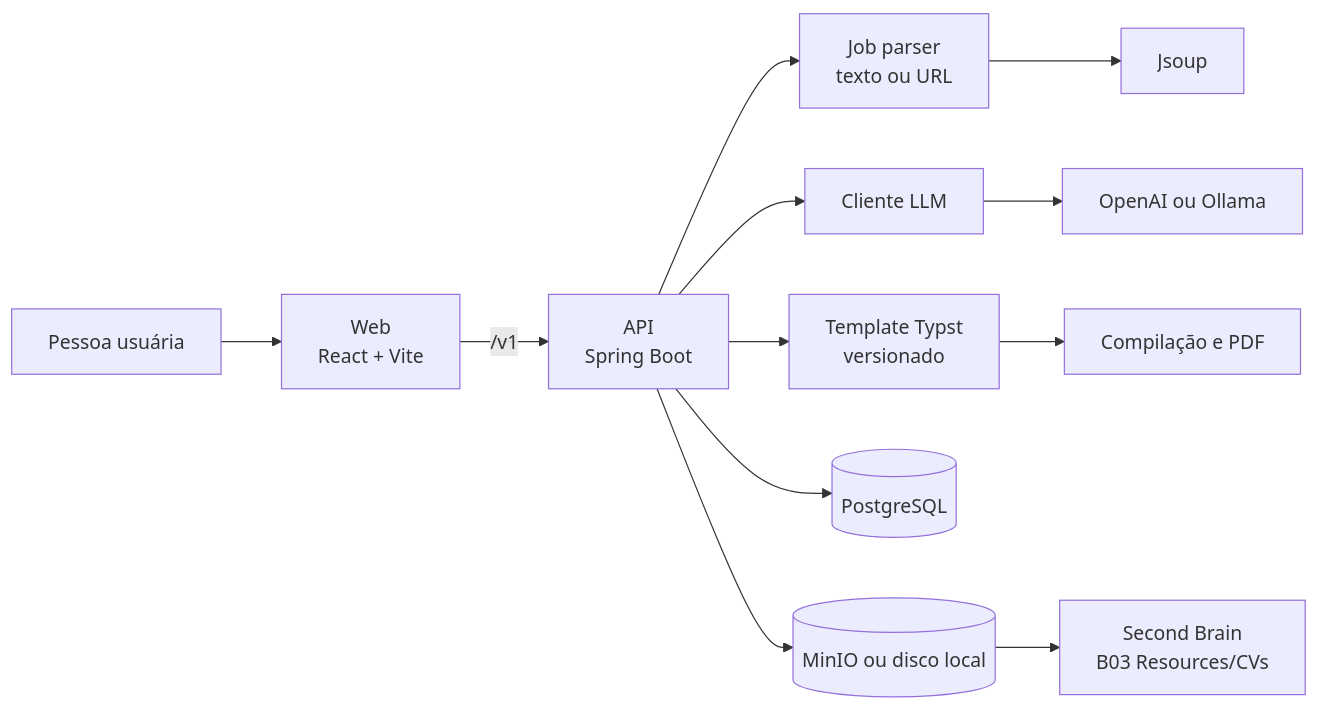
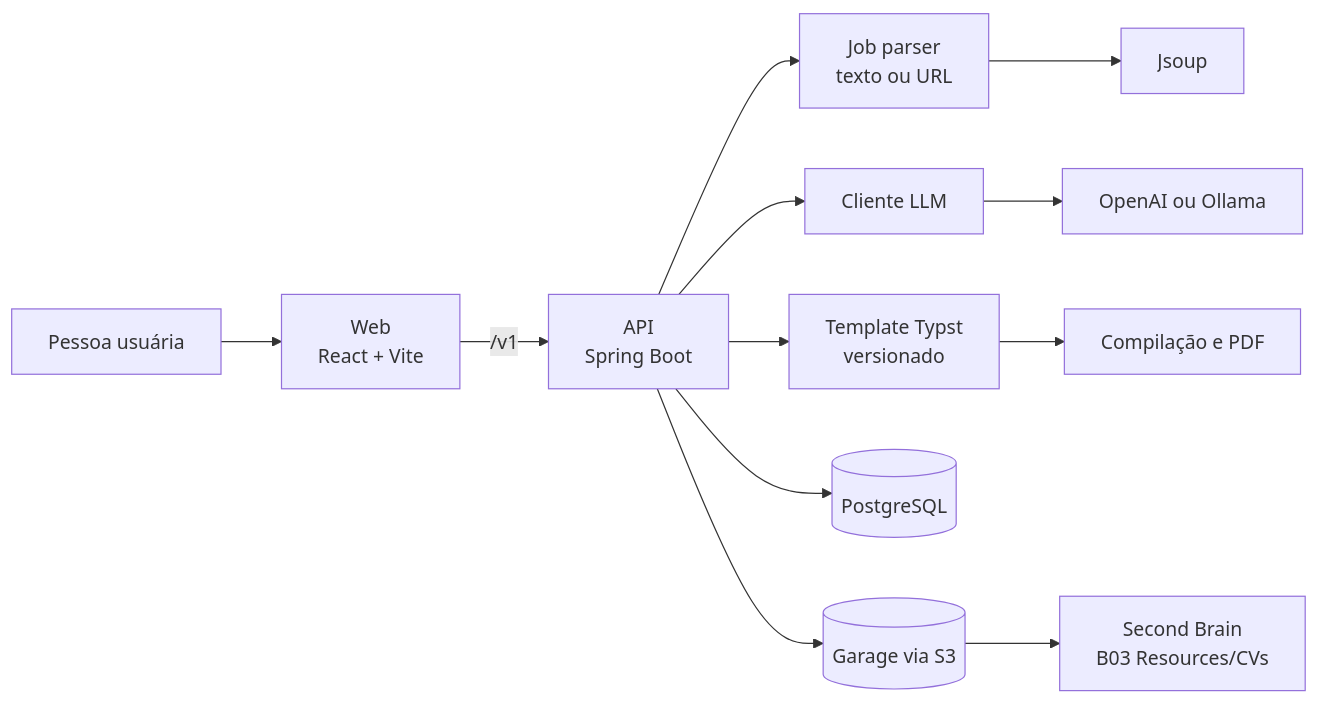
One commit to EriikGabriel/tailorly changed the first of 2 diagrams in README.md. Above: the diagram before and after it, drawn with Mermaid. The commit also changed other lines of this file and 20 other files, not shown here.

Commit message:
feat: docker a garage S3 local storage

````diff
--- a/README.md
+++ b/README.md
@@ -15,14 +15,14 @@
 ```mermaid
 flowchart LR
     User[Pessoa usuária] --> Web[Web\nReact + Vite]
     Web -->|/v1| Api[API\nSpring Boot]
     Api --> Parser[Job parser\ntexto ou URL]
     Parser --> Jsoup[Jsoup]
     Api --> Llm[Cliente LLM]
     Llm --> Provider[OpenAI ou Ollama]
     Api --> Template[Template Typst\nversionado]
     Template --> Pdf[Compilação e PDF]
     Api --> Db[(PostgreSQL)]
-    Api --> Storage[(MinIO ou disco local)]
+    Api --> Storage[(Garage via S3)]
     Storage --> Vault[Second Brain\nB03 Resources/CVs]
 ```
````
